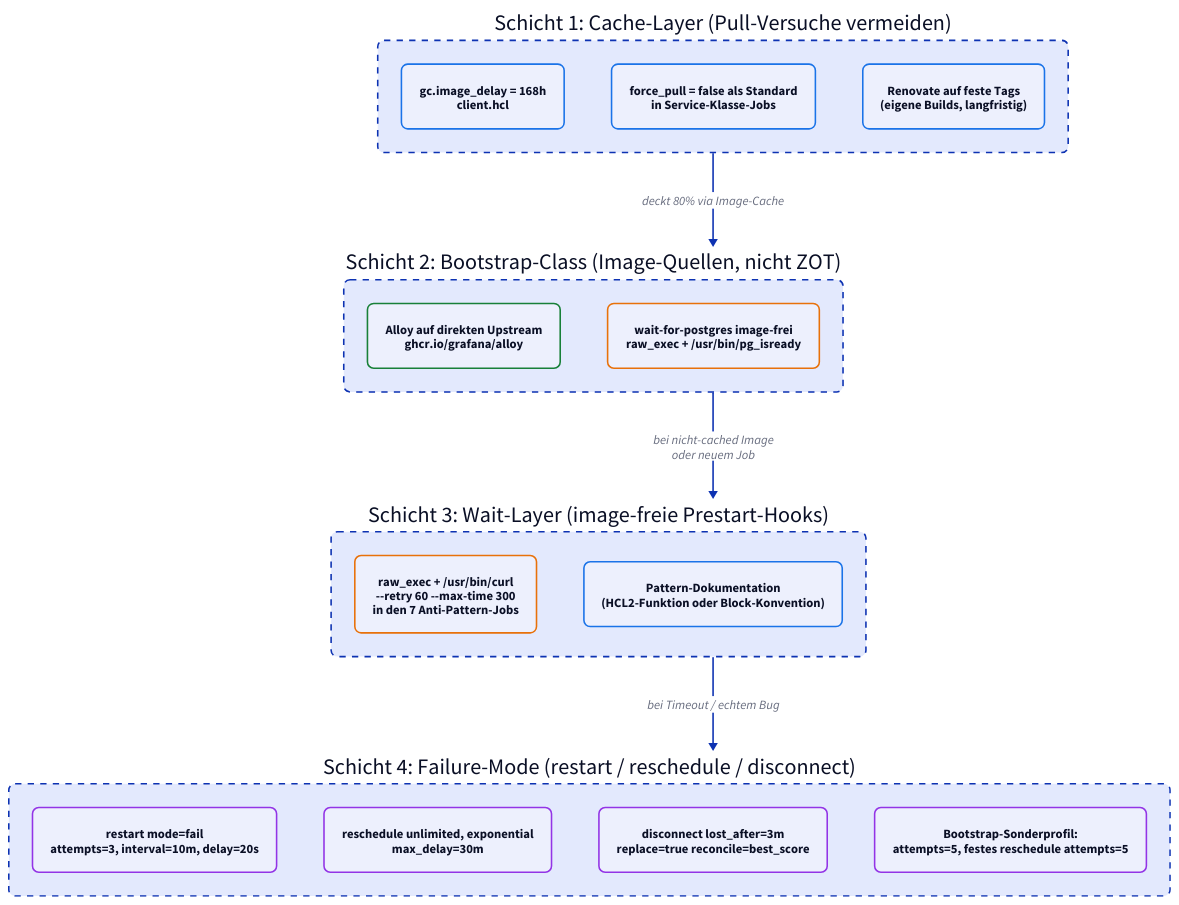
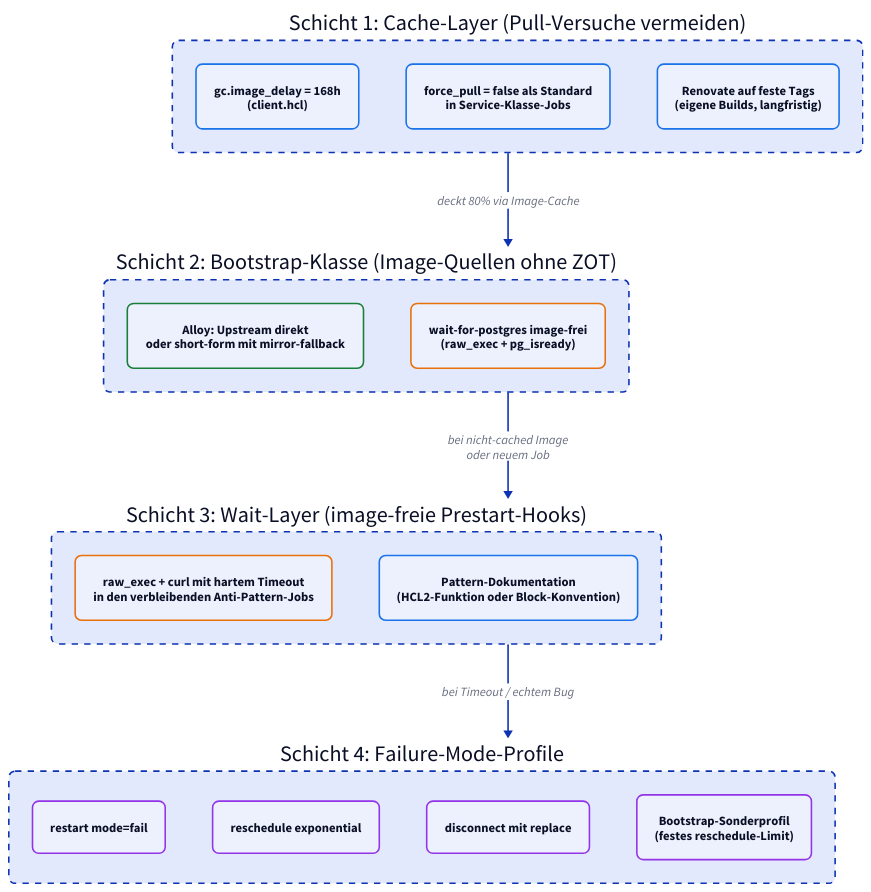
Before and after one commit to derever-labs/homelab-wiki: the second of 7 diagrams in docs/_querschnitt/cluster-resilience.md, drawn with D2. The commit also changed other lines of this file and 4 other files, not shown here.

First line of the commit message:
docs(querschnitt): Diagramme fuer TALA ueberarbeiten (Batch B1) (#102)

````diff
--- a/docs/_querschnitt/cluster-resilience.md
+++ b/docs/_querschnitt/cluster-resilience.md
@@ -139,53 +139,53 @@
 ```d2
 direction: down
 
 classes: {
   layer: { style: { border-radius: 8; stroke-dash: 4 } }
   cfg: { style: { border-radius: 8; stroke: "#1a73e8" } }
   job: { style: { border-radius: 8; stroke: "#188038" } }
   raw: { style: { border-radius: 8; stroke: "#e8710a" } }
   pol: { style: { border-radius: 8; stroke: "#9334e6" } }
 }
 
 S1: "Schicht 1: Cache-Layer (Pull-Versuche vermeiden)" {
   class: layer
-  gc: "gc.image_delay = 168h\nclient.hcl"
+  gc: "gc.image_delay = 168h\n(client.hcl)"
   fp: "force_pull = false als Standard\nin Service-Klasse-Jobs"
   tag: "Renovate auf feste Tags\n(eigene Builds, langfristig)"
   gc.class: cfg
   fp.class: cfg
   tag.class: cfg
 }
 
-S2: "Schicht 2: Bootstrap-Class (Image-Quellen, nicht ZOT)" {
+S2: "Schicht 2: Bootstrap-Klasse (Image-Quellen ohne ZOT)" {
   class: layer
-  alloy: "Alloy auf direkten Upstream\nghcr.io/grafana/alloy"
-  helper: "wait-for-postgres image-frei\nraw_exec + /usr/bin/pg_isready"
+  alloy: "Alloy: Upstream direkt\noder short-form mit mirror-fallback"
+  helper: "wait-for-postgres image-frei\n(raw_exec + pg_isready)"
   alloy.class: job
   helper.class: raw
 }
 
 S3: "Schicht 3: Wait-Layer (image-freie Prestart-Hooks)" {
   class: layer
-  hook: "raw_exec + /usr/bin/curl\n--retry 60 --max-time 300\nin den 7 Anti-Pattern-Jobs"
+  hook: "raw_exec + curl mit hartem Timeout\nin den verbleibenden Anti-Pattern-Jobs"
   pattern: "Pattern-Dokumentation\n(HCL2-Funktion oder Block-Konvention)"
   hook.class: raw
   pattern.class: cfg
 }
 
-S4: "Schicht 4: Failure-Mode (restart / reschedule / disconnect)" {
+S4: "Schicht 4: Failure-Mode-Profile" {
   class: layer
-  restart: "restart mode=fail\nattempts=3, interval=10m, delay=20s"
-  resch: "reschedule unlimited, exponential\nmax_delay=30m"
-  disc: "disconnect lost_after=3m\nreplace=true reconcile=best_score"
-  boot: "Bootstrap-Sonderprofil:\nattempts=5, festes reschedule attempts=5"
+  restart: "restart mode=fail"
+  resch: "reschedule exponential"
+  disc: "disconnect mit replace"
+  boot: "Bootstrap-Sonderprofil\n(festes reschedule-Limit)"
   restart.class: pol
   resch.class: pol
   disc.class: pol
   boot.class: pol
 }
 
 S1 -> S2: "deckt 80% via Image-Cache"
 S2 -> S3: "bei nicht-cached Image\noder neuem Job"
 S3 -> S4: "bei Timeout / echtem Bug"
 ```
````
